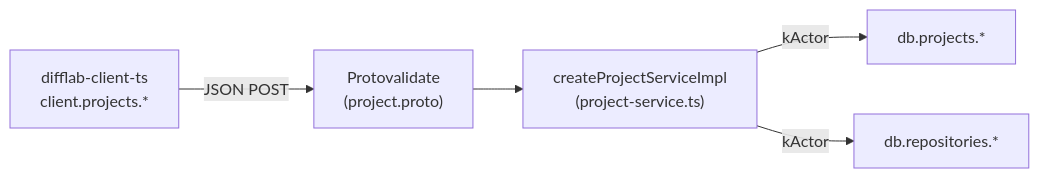
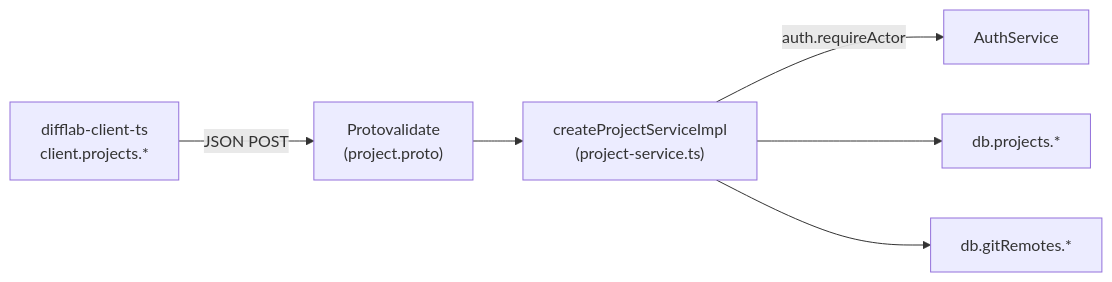
Before and after one commit to difflab-io/difflab: the diagram in docs/architecture/difflab-api/projects.md, drawn with Mermaid. The commit also changed other lines of this file and 88 other files, not shown here.

````diff
--- a/docs/architecture/difflab-api/projects.md
+++ b/docs/architecture/difflab-api/projects.md
@@ -26,7 +26,8 @@
 ```mermaid
 flowchart LR
   Client["difflab-client-ts<br/>client.projects.*"] -->|"JSON POST"| Validate["Protovalidate<br/>(project.proto)"]
   Validate --> Impl["createProjectServiceImpl<br/>(project-service.ts)"]
-  Impl -->|"kActor"| ProjectsQ["db.projects.*"]
-  Impl -->|"kActor"| ReposQ["db.repositories.*"]
+  Impl -->|"auth.requireActor"| Auth["AuthService"]
+  Impl --> ProjectsQ["db.projects.*"]
+  Impl --> RemotesQ["db.gitRemotes.*"]
 ```
````
